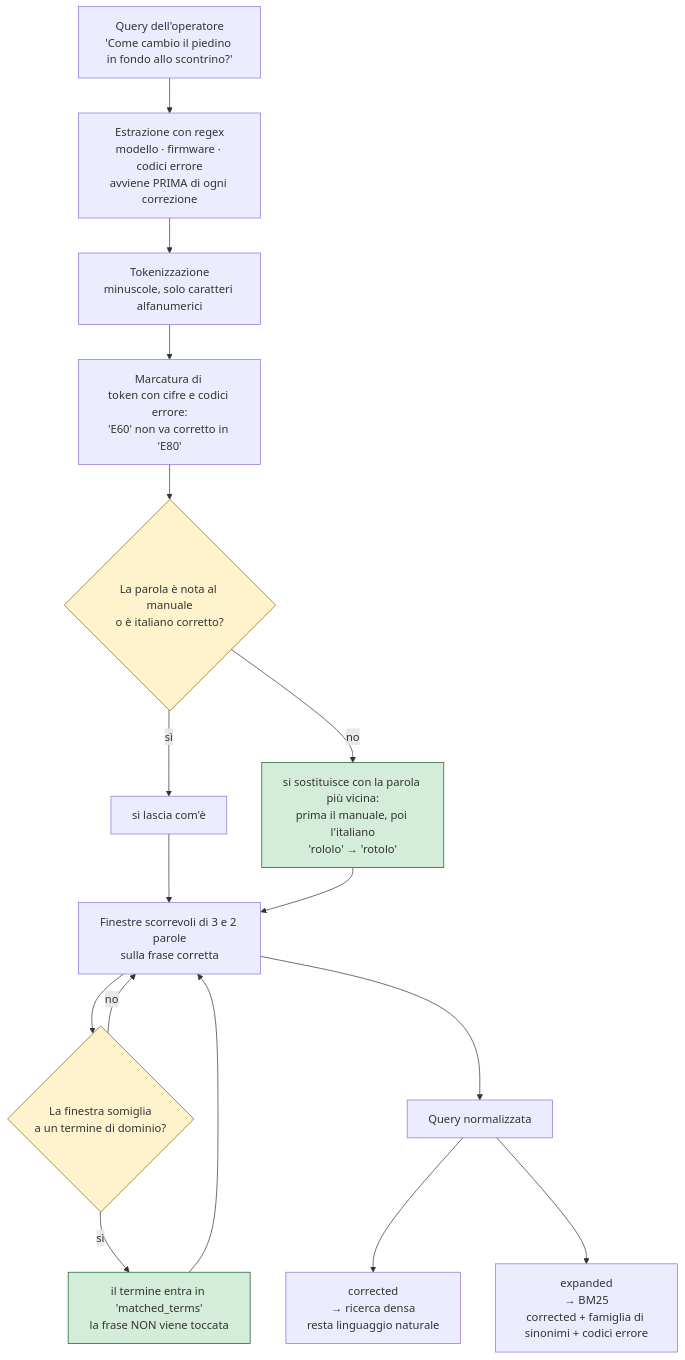
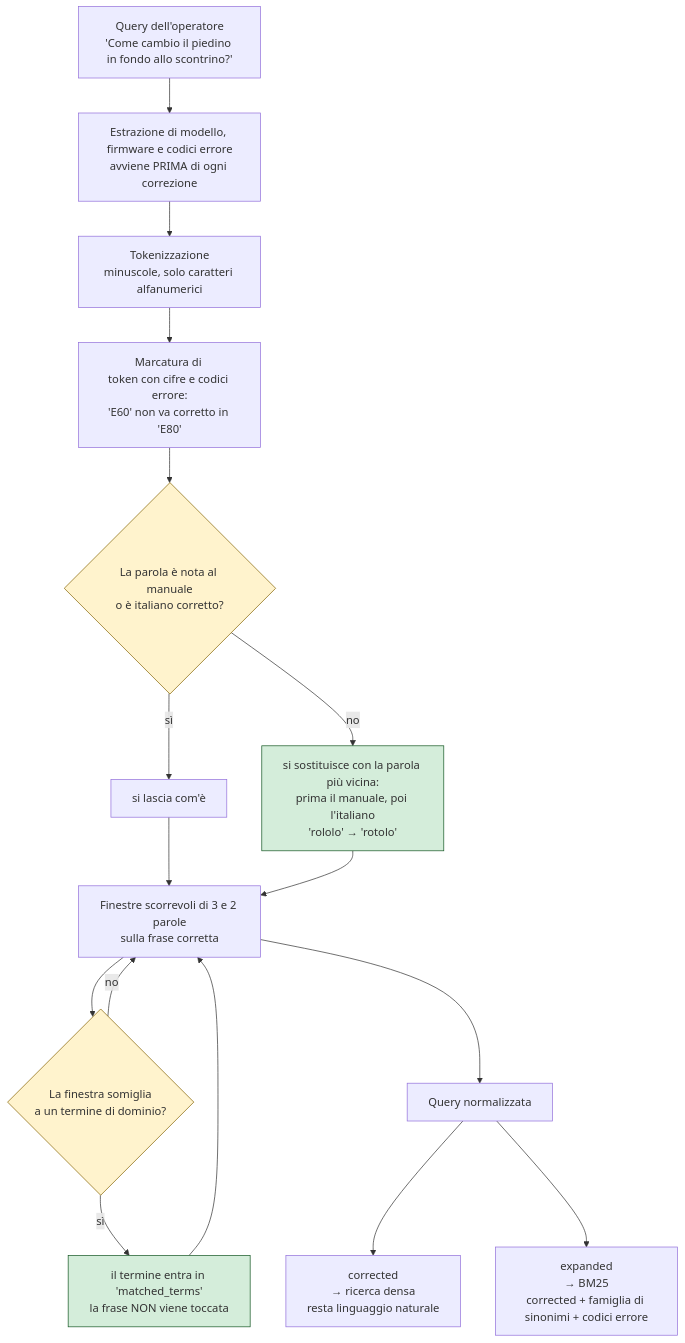
The first of 2 diagrams in docs/normalizzazione-query.md (ecatanzani/challenge-registratori_cassa-catanzani), drawn with Mermaid before and after one commit. The commit also changed other lines of this file and 3 other files, not shown here.

````diff
--- a/docs/normalizzazione-query.md
+++ b/docs/normalizzazione-query.md
@@ -26,26 +26,26 @@
 ```mermaid
 flowchart TD
     Q["Query dell'operatore<br/>'Come cambio il piedino in fondo allo scontrino?'"]
-    Q --> EX["Estrazione con regex<br/>modello · firmware · codici errore<br/>avviene PRIMA di ogni correzione"]
+    Q --> EX["Estrazione di modello, firmware e codici errore<br/>avviene PRIMA di ogni correzione"]
     EX --> TOK["Tokenizzazione<br/>minuscole, solo caratteri alfanumerici"]
     TOK --> PROT["Marcatura di <br/>token con cifre e codici errore:<br/>'E60' non va corretto in 'E80'"]
     PROT --> COR{"La parola è nota al manuale<br/>o è italiano corretto?"}
     COR -->|sì| KEEP["si lascia com'è"]
     COR -->|no| FIX["si sostituisce con la parola più vicina:<br/>prima il manuale, poi l'italiano<br/>'rololo' → 'rotolo'"]
     KEEP --> WIN
     FIX --> WIN
 
     WIN["Finestre scorrevoli di 3 e 2 parole<br/>sulla frase corretta"] --> DEC{"La finestra somiglia<br/>a un termine di dominio?"}
     DEC -->|no| WIN
     DEC -->|sì| SUB["il termine entra in 'matched_terms'<br/>la frase NON viene toccata"]
     SUB --> WIN
 
     WIN --> OUT["Query normalizzata"]
     OUT --> D["corrected<br/>→ ricerca densa<br/>resta linguaggio naturale"]
     OUT --> B["expanded<br/>→ BM25<br/>corrected + famiglia di sinonimi + codici errore"]
 
     style COR fill:#fff3cd,stroke:#856404
     style DEC fill:#fff3cd,stroke:#856404
     style FIX fill:#d4edda,stroke:#155724
     style SUB fill:#d4edda,stroke:#155724
 ```
````
